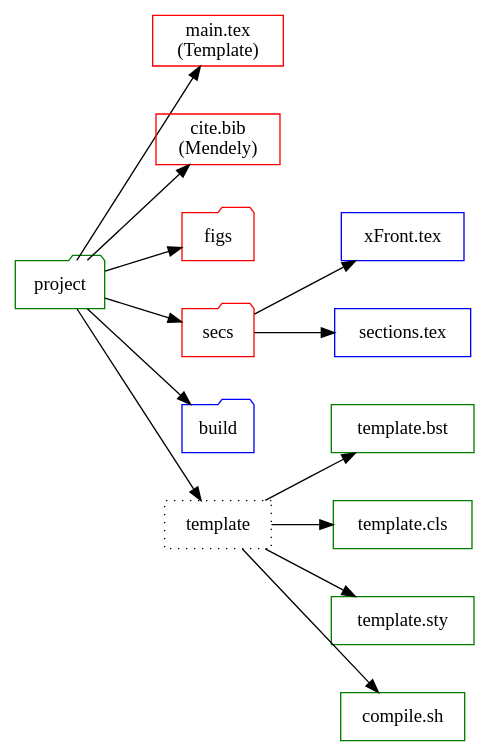
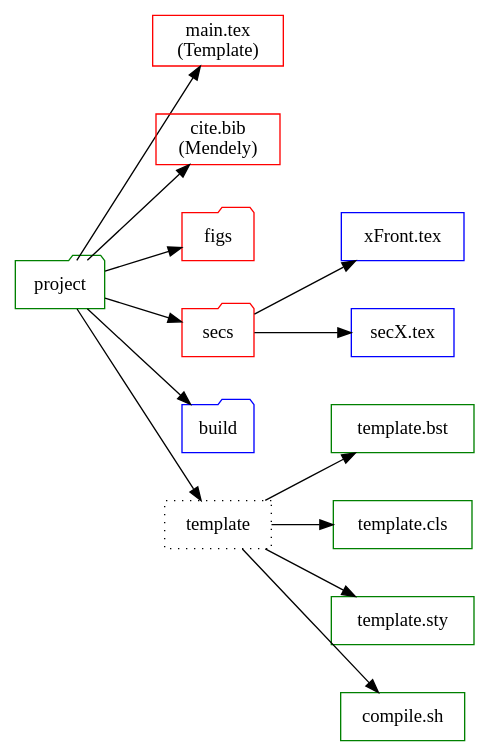
One commit to bwtian/texTemplate changed the diagram in texTemplate.org. Above: the diagram before and after it, drawn with Graphviz. The commit also changed other lines of this file and 1 other file, not shown here.

Commit message:
- ‘.#texTemplate.org’ / ‘texTemplate.org’

```diff
--- a/texTemplate.org
+++ b/texTemplate.org
@@ -4,32 +4,32 @@
 #+BEGIN_SRC dot :file ./texTemplate.svg
   digraph {
   rankdir = LR
   fontname="Times";
   fontsize = 12;
   splines = false;
   ranksep = 0.5;
   nodesep = 0.5;
   node [shape = box]
   //1. set node
   proj [label = "project", color = green, shape="folder"]
   front [label = "xFront.tex", color = blue]
-  secs [label = "sections.tex", color = blue]
+  secs [label = "secX.tex", color = blue]
   main [label = "main.tex \n (Template)", color = red]
   bib [label = "cite.bib \n (Mendely)", color = red]
   bst [label = "template.bst", color = green]
   cls [label = "template.cls", color = green]
   sty [label = "template.sty", color = green]
   fig [label = "figs", color=red, shape="folder"]
   sec [label = "secs", color=red, shape="folder"]
   build [label  = "build", color = blue, shape="folder"]
   gen [label = "compile.sh", color = green]
   temp [label = "template", style=dotted]
   //2. set path
 
   proj -> {fig sec main temp bib build}
   temp -> {cls, bst, sty, gen}
   sec -> {front, secs}
   //3. set rank
 
   }
 #+END_SRC
```
